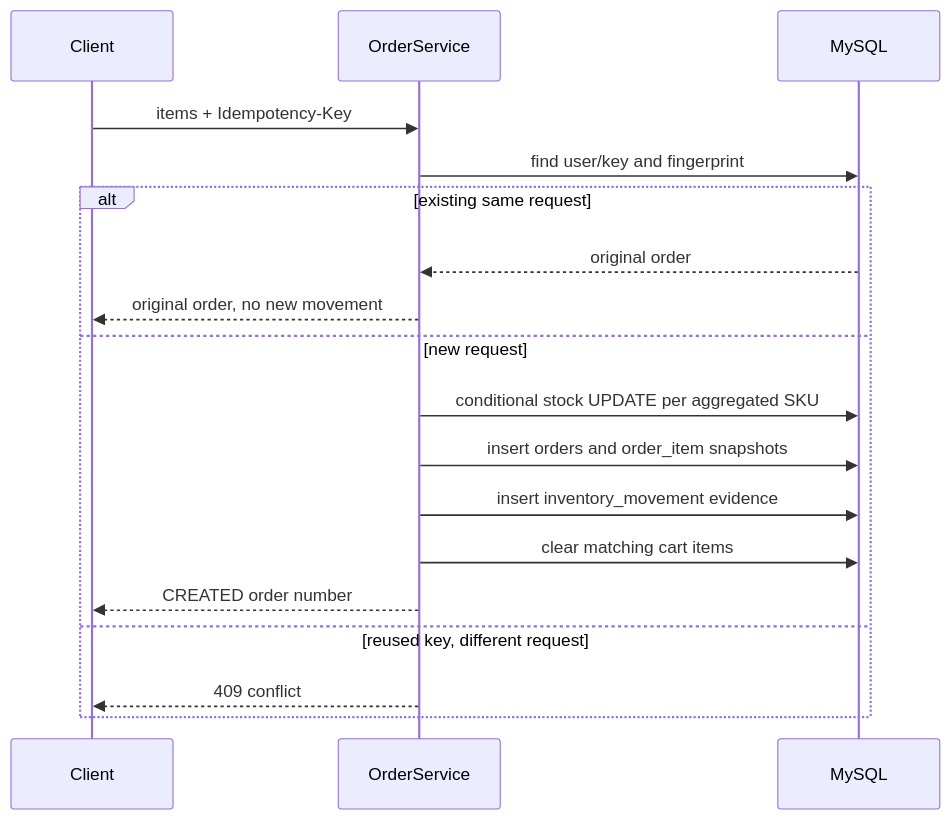
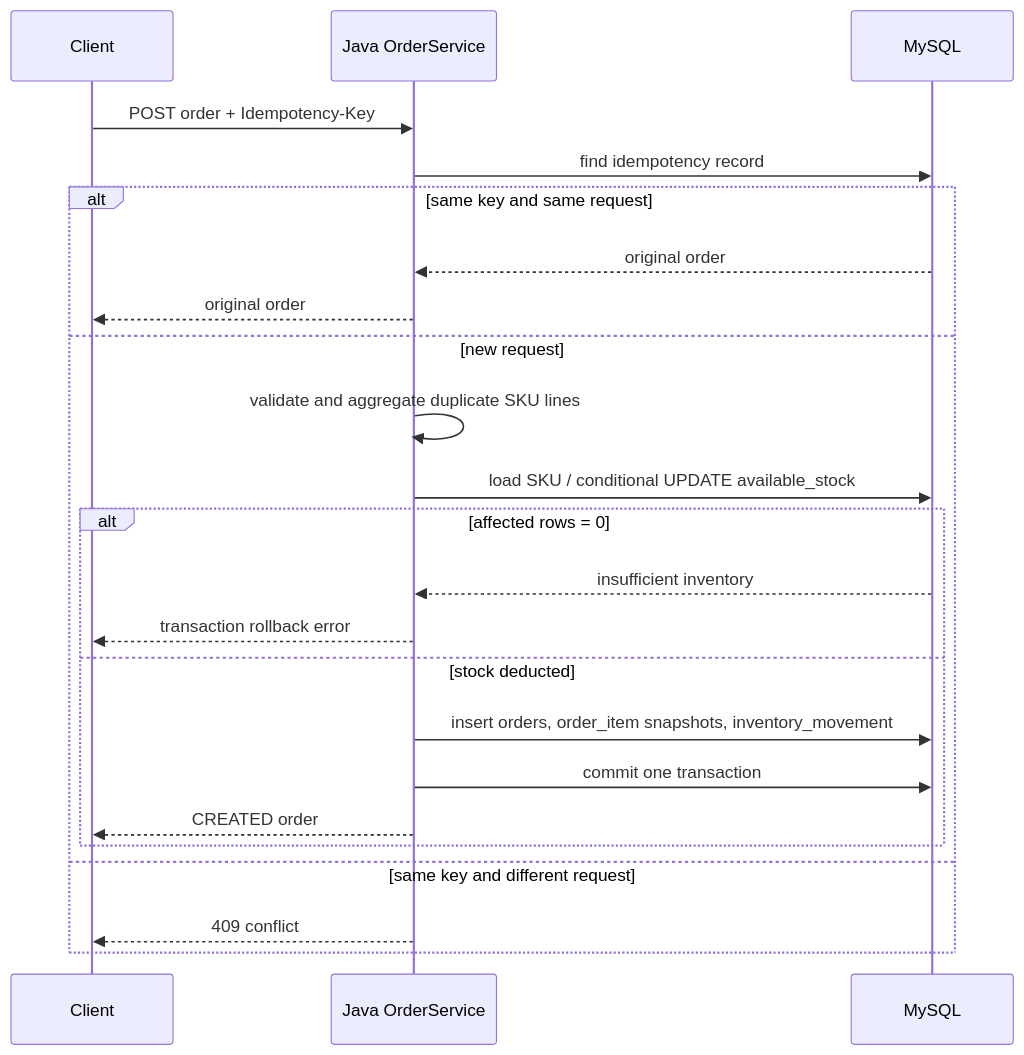
The diagram in docs/architecture/ORDER_TRANSACTION_FLOW.md (jameswilson87156-del/commerceflow-ai-mall), drawn with Mermaid before and after one commit. The commit also changed other lines of this file and 11 other files, not shown here.

Commit message:
docs: add architecture and canonical screenshots

````diff
--- a/docs/architecture/ORDER_TRANSACTION_FLOW.md
+++ b/docs/architecture/ORDER_TRANSACTION_FLOW.md
@@ -3,20 +3,25 @@
 ```mermaid
 sequenceDiagram
   participant C as Client
-  participant J as OrderService
+  participant J as Java OrderService
   participant M as MySQL
-  C->>J: items + Idempotency-Key
-  J->>M: find user/key and fingerprint
-  alt existing same request
+  C->>J: POST order + Idempotency-Key
+  J->>M: find idempotency record
+  alt same key and same request
     M-->>J: original order
-    J-->>C: original order, no new movement
+    J-->>C: original order
   else new request
-    J->>M: conditional stock UPDATE per aggregated SKU
-    J->>M: insert orders and order_item snapshots
-    J->>M: insert inventory_movement evidence
-    J->>M: clear matching cart items
-    J-->>C: CREATED order number
-  else reused key, different request
+    J->>J: validate and aggregate duplicate SKU lines
+    J->>M: load SKU / conditional UPDATE available_stock
+    alt affected rows = 0
+      M-->>J: insufficient inventory
+      J-->>C: transaction rollback error
+    else stock deducted
+      J->>M: insert orders, order_item snapshots, inventory_movement
+      J->>M: commit one transaction
+      J-->>C: CREATED order
+    end
+  else same key and different request
     J-->>C: 409 conflict
   end
 ```
````
